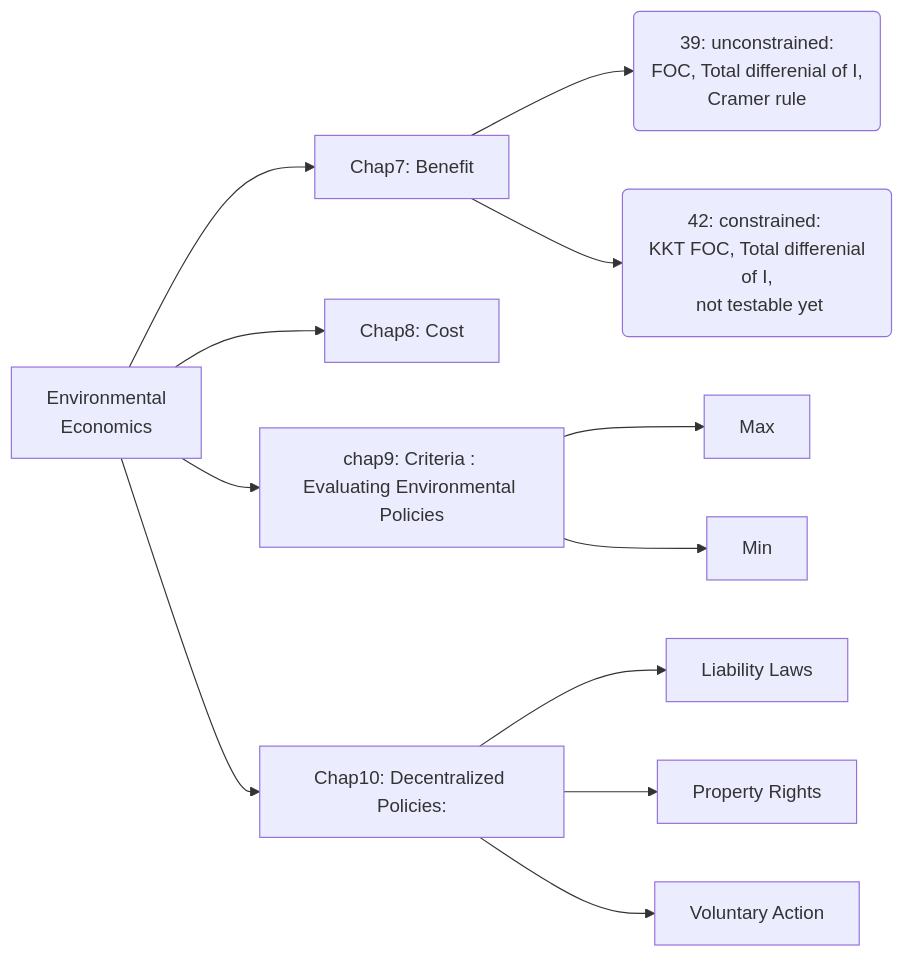
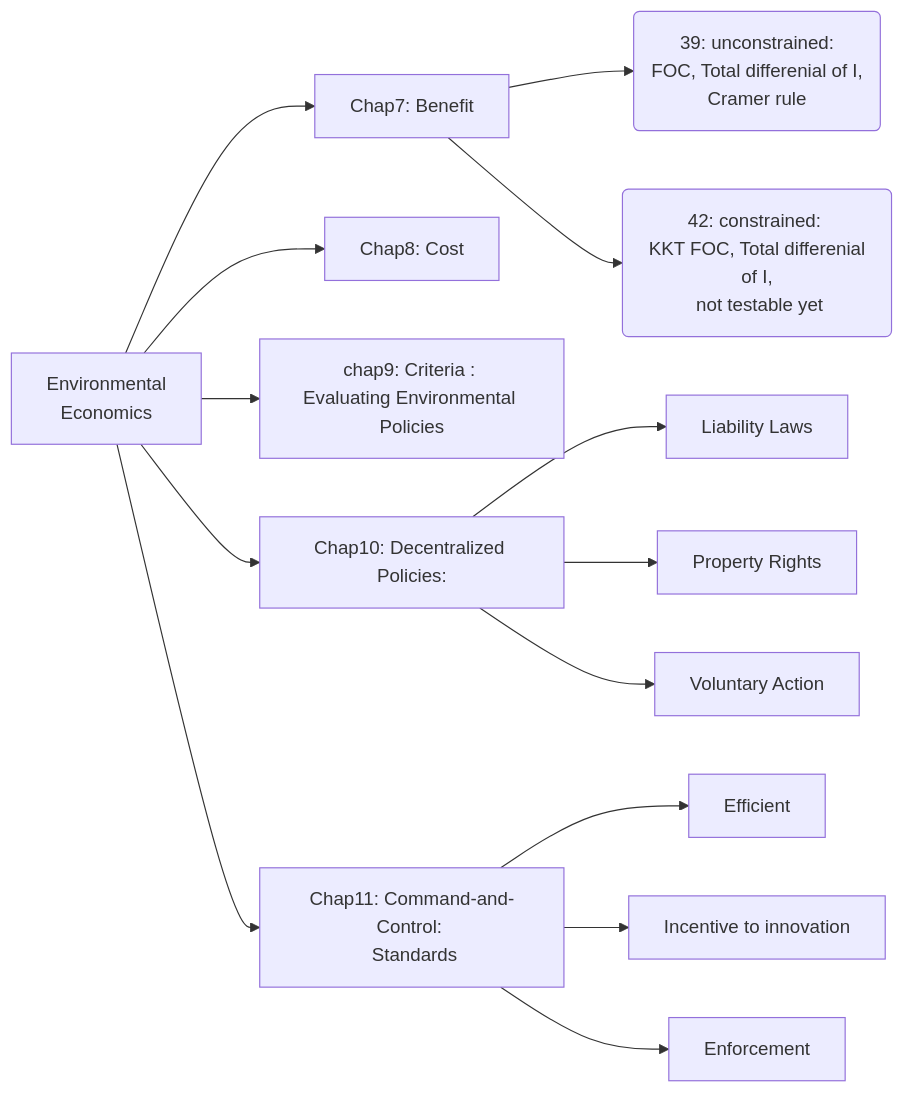
The diagram in _posts/2017-04-13-381-final-2017.md (snowdj/ECON), drawn with Mermaid before and after one commit.

```diff
--- a/_posts/2017-04-13-381-final-2017.md
+++ b/_posts/2017-04-13-381-final-2017.md
@@ -22,15 +22,17 @@
 <div class="mermaid">
 graph LR
       id0[Environmental <br> Economics]-->id1[Chap7: Benefit]
       id0[Environmental <br> Economics]-->id2[Chap8: Cost]
       id0[Environmental <br> Economics]-->id3[chap9: Criteria : <br>Evaluating Environmental Policies]
       id0[Environmental <br> Economics]-->id4[Chap10: Decentralized Policies:]
-     id3-->id5[Max]
-     id3-->id6[Min]
-     id4-->id9[Liability Laws]
+      id0[Environmental <br> Economics]-->id5[Chap11: Command-and-Control: <br> Standards]
+      id4-->id9[Liability Laws]
      id4-->id10[Property Rights]
      id4-->id11[Voluntary Action]
+     id5-->id12[Efficient]
+     id5-->id13[Incentive to innovation]
+     id5-->id14[Enforcement]
      id1-->id7(39: unconstrained:<br> FOC, Total differenial of I,<br> Cramer rule  )
      id1-->id8(42: constrained: <br> KKT FOC, Total differenial of I,<br> not testable yet)
      
  </div>
```
